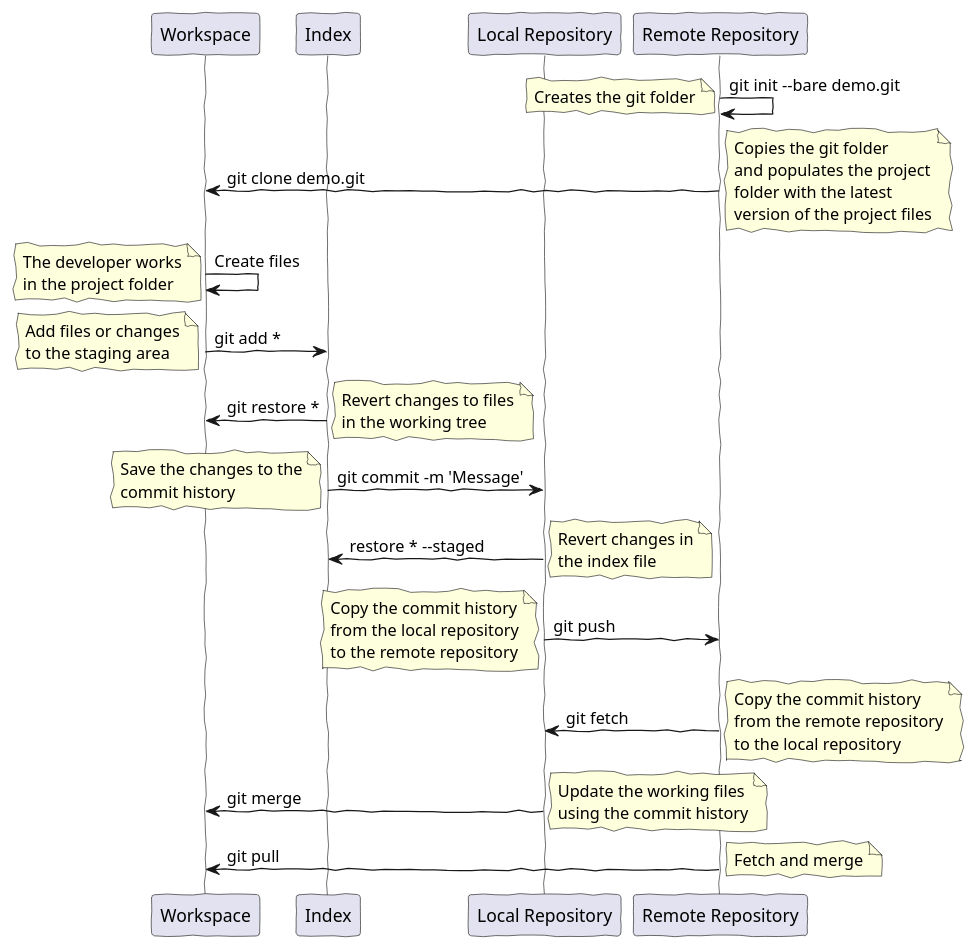
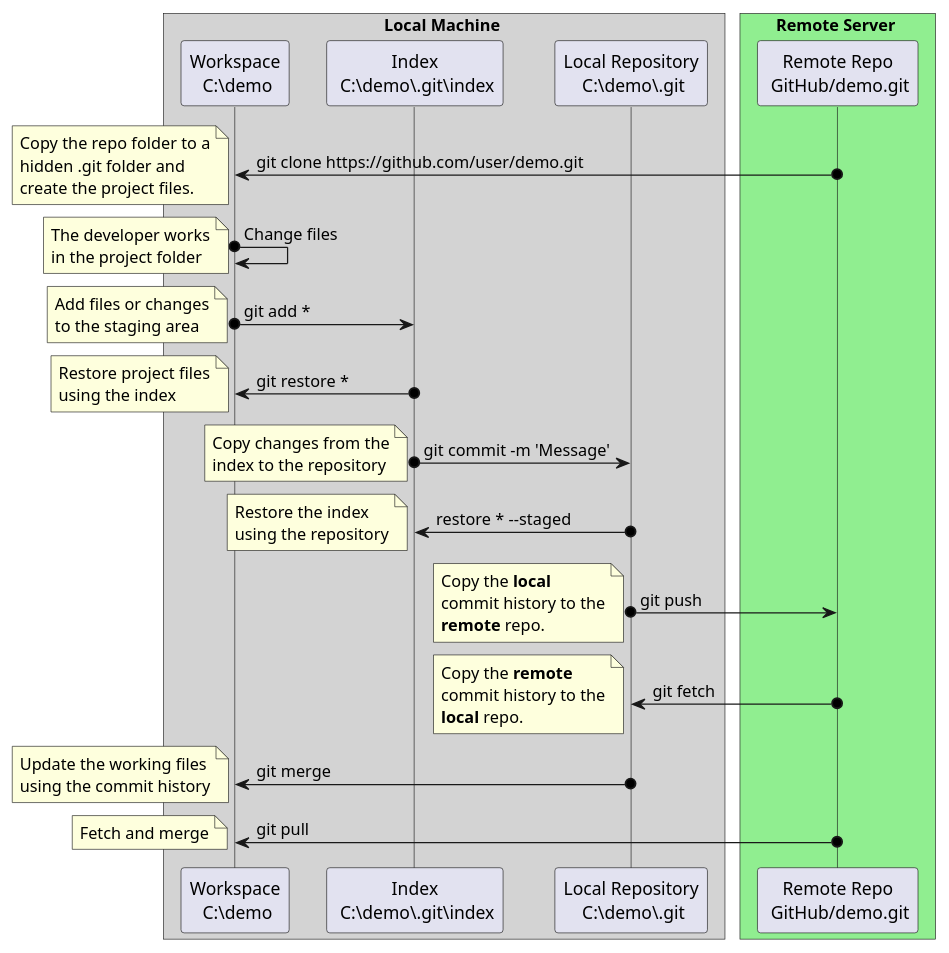
Before and after one commit to braboj/tutorial-git: the diagram in Assets/uml/git-dataflow-diagram.puml, drawn with PlantUML.

Commit message:
(TUT-GIT) - Dataflow diagram

```diff
--- a/Assets/uml/git-dataflow-diagram.puml
+++ b/Assets/uml/git-dataflow-diagram.puml
@@ -1,90 +1,95 @@
 @startuml
 skinparam lifelineStrategy solid
 'skinparam backgroundColor #EEEBDC
-skinparam handwritten true
+skinparam handwritten false
+'skinparam SequenceMessageAlign center
+skinparam ParticipantPadding 10
+skinparam BoxPadding 5
 
-participant Workspace
-participant Index
-participant "Local Repository" as Local
-participant "Remote Repository" as Remote
+'#############################################################################
 
-'Initialization
-Remote -> Remote    : git init --bare demo.git
-note left
-    Creates the git folder
-end note
+box Local Machine #LightGrey
+    participant "Workspace\n C:\demo" as Workspace
+    participant "Index\n C:\demo\.git\index" as Index
+    participant "Local Repository\n C:\demo\.git" as Local
+end box
+
+box Remote Server #LightGreen
+    participant "Remote Repo\n GitHub/demo.git" as Remote
+end box
+
+'#############################################################################
 
 'Cloning
-Remote -> Workspace : git clone demo.git
-note right
-    Copies the git folder
-    and populates the project
-    folder with the latest
-    version of the project files
+Remote o-> Workspace : git clone https://github.com/user/demo.git
+note left
+    Copy the repo folder to a
+    hidden .git folder and
+    create the project files.
 end note
 
 'Work in progress
-Workspace -> Workspace : Create files
+Workspace o-> Workspace : Change files
 note left
     The developer works
     in the project folder
 end note
 
 'Staging
-Workspace -> Index  : git add *
+Workspace o-> Index  : git add *
 note left
     Add files or changes
     to the staging area
 end note
 
 'Unstaging
-Index -> Workspace  : git restore *
-note right
-    Revert changes to files
-    in the working tree
+Index o-> Workspace  : git restore *
+note left
+    Restore project files
+    using the index
 end note
 
 'Commit
-Index -> Local      : git commit -m 'Message'
+Index o-> Local      : git commit -m 'Message'
 note left
-    Save the changes to the
-    commit history
+    Copy changes from the
+    index to the repository
 end note
 
 'Reverting
-Local -> Index  :  restore * --staged
-note right
-    Revert changes in
-    the index file
+Local o-> Index  :  restore * --staged
+note left
+    Restore the index
+    using the repository
 end note
 
 'Pushing
-Local -> Remote     : git push
+Local o-> Remote     : git push
 note left
-    Copy the commit history
-    from the local repository
-    to the remote repository
+    Copy the **local**
+    commit history to the
+    **remote** repo.
 end note
 
 'Fetching
-Remote -> Local     : git fetch
-note right
-    Copy the commit history
-    from the remote repository
-    to the local repository
+Remote o-> Local     : git fetch
+note left
+    Copy the **remote**
+    commit history to the
+    **local** repo.
 end note
 
 'Update
-Local -> Workspace  : git merge
-note right
+Local o-> Workspace  : git merge
+note left
     Update the working files
     using the commit history
 end note
 
 'Pulling
-Remote -> Workspace : git pull
-note right
+Remote o-> Workspace : git pull
+note left
    Fetch and merge
 end note
 
 @enduml
```
